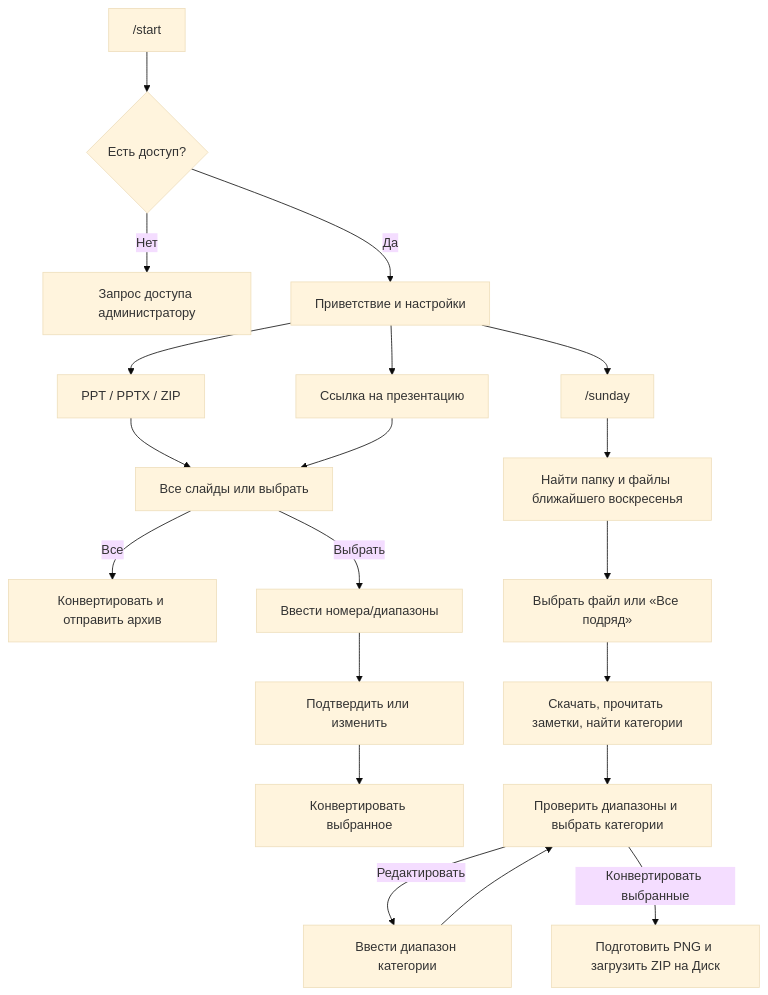
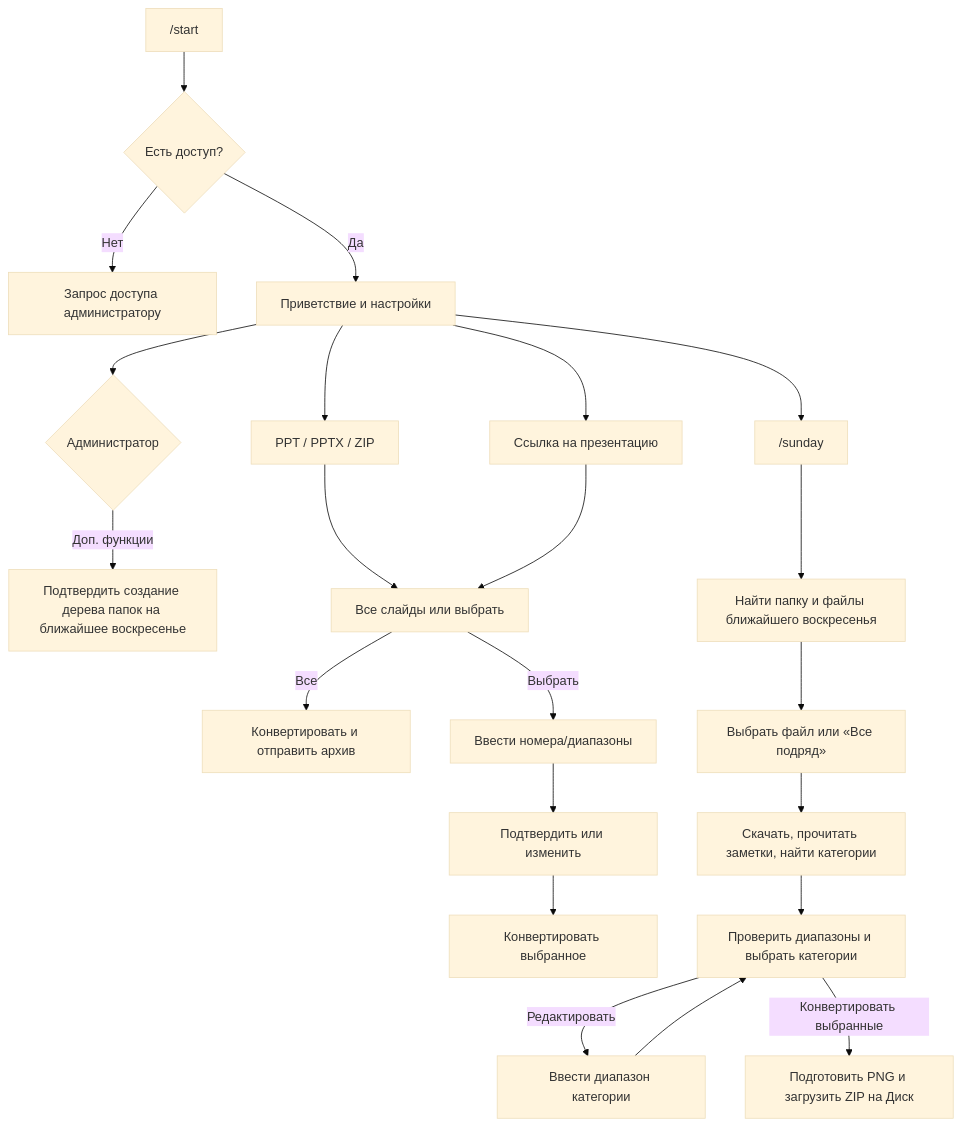
Before and after one commit to medianbc/pptx2png: the diagram in BOT_USER_FLOWS.md, drawn with Mermaid (base theme). The commit also changed other lines of this file and 14 other files, not shown here.

````diff
--- a/BOT_USER_FLOWS.md
+++ b/BOT_USER_FLOWS.md
@@ -30,22 +30,24 @@
 ```mermaid
 flowchart TD
     Start["/start"] --> Access{"Есть доступ?"}
     Access -- "Нет" --> Request["Запрос доступа администратору"]
     Access -- "Да" --> Home["Приветствие и настройки"]
     Home --> Upload["PPT / PPTX / ZIP"]
     Home --> Link["Ссылка на презентацию"]
     Home --> Sunday["/sunday"]
+    Home --> AdminTools{"Администратор"}
+    AdminTools -->|Доп. функции| FolderSetup["Подтвердить создание дерева папок на ближайшее воскресенье"]
     Upload --> Pick["Все слайды или выбрать"]
     Link --> Pick
     Pick -->|Все| ConvertAll["Конвертировать и отправить архив"]
     Pick -->|Выбрать| Range["Ввести номера/диапазоны"]
     Range --> Confirm["Подтвердить или изменить"]
     Confirm --> ConvertSelected["Конвертировать выбранное"]
     Sunday --> Find["Найти папку и файлы ближайшего воскресенья"]
     Find --> SundayPicker["Выбрать файл или «Все подряд»"]
     SundayPicker --> Analyze["Скачать, прочитать заметки, найти категории"]
     Analyze --> CategoryMenu["Проверить диапазоны и выбрать категории"]
     CategoryMenu -->|Редактировать| EditRange["Ввести диапазон категории"]
     EditRange --> CategoryMenu
     CategoryMenu -->|Конвертировать выбранные| UploadYandex["Подготовить PNG и загрузить ZIP на Диск"]
 ```
````
